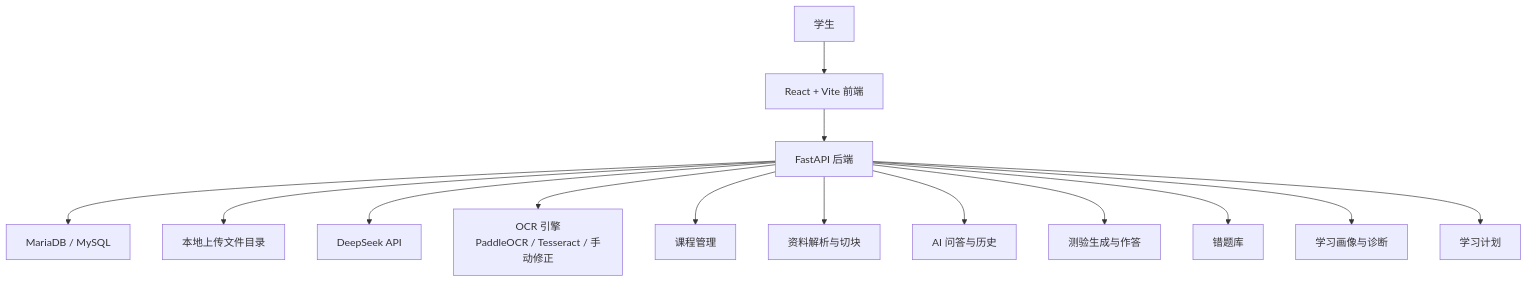
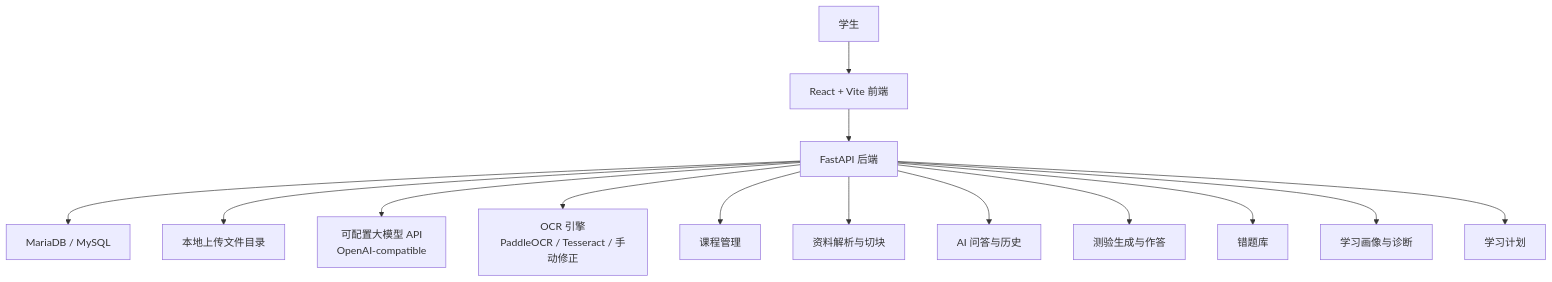
One commit to fox7372/ai-coach changed the first of 2 diagrams in README.md. Above: the diagram before and after it, drawn with Mermaid. The commit also changed other lines of this file and 6 other files, not shown here.

````diff
--- a/README.md
+++ b/README.md
@@ -79,25 +79,25 @@
 ```mermaid
 flowchart TD
     Student["学生"]
     Frontend["React + Vite 前端"]
     Backend["FastAPI 后端"]
     DB["MariaDB / MySQL"]
     Uploads["本地上传文件目录"]
-    AI["DeepSeek API"]
+    AI["可配置大模型 API<br/>OpenAI-compatible"]
     OCR["OCR 引擎<br/>PaddleOCR / Tesseract / 手动修正"]
 
     Student --> Frontend
     Frontend --> Backend
     Backend --> DB
     Backend --> Uploads
     Backend --> AI
     Backend --> OCR
 
     Backend --> Courses["课程管理"]
     Backend --> Documents["资料解析与切块"]
     Backend --> QA["AI 问答与历史"]
     Backend --> Quiz["测验生成与作答"]
     Backend --> Mistakes["错题库"]
     Backend --> Profile["学习画像与诊断"]
     Backend --> Plan["学习计划"]
 ```
````
